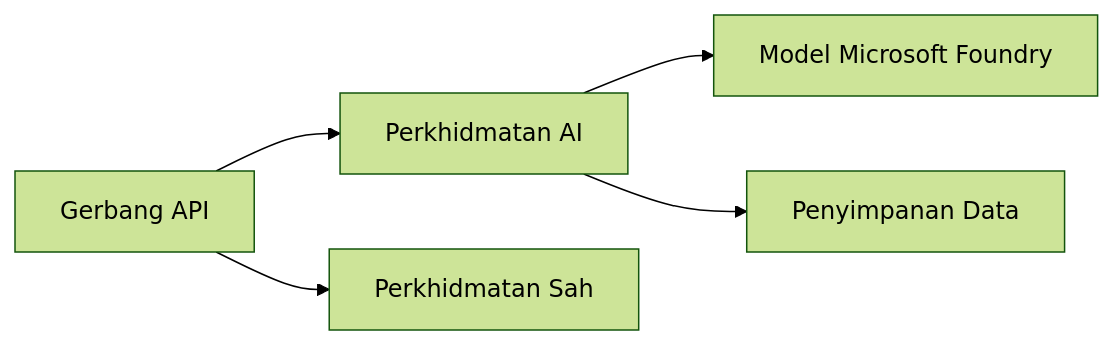
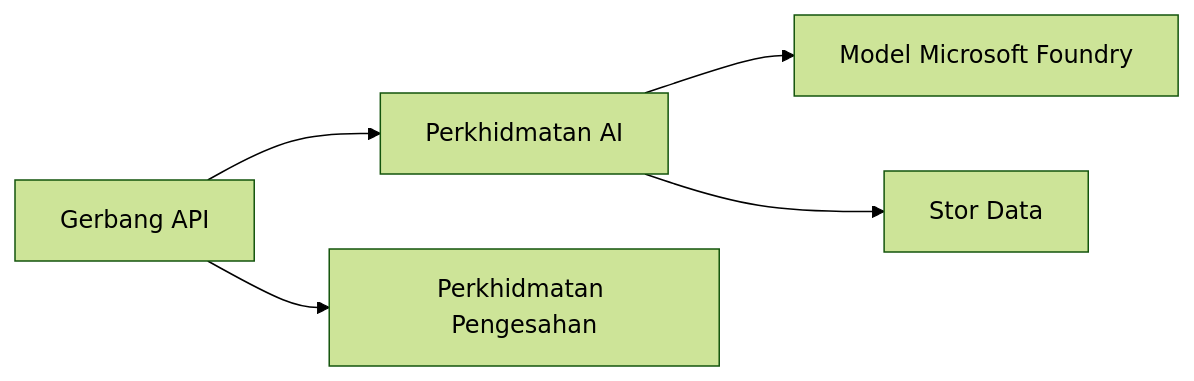
Before and after one commit to microsoft/AZD-for-beginners: the first of 2 diagrams in translations/ms/docs/chapter-08-production/README.md, drawn with Mermaid (forest theme). The commit also changed other lines of this file and 101 other files, not shown here.

````diff
--- a/translations/ms/docs/chapter-08-production/README.md
+++ b/translations/ms/docs/chapter-08-production/README.md
@@ -46,6 +48,6 @@
 ```mermaid
 graph LR
     Gateway[Gerbang API] --> AI[Perkhidmatan AI] --> Models[Model Microsoft Foundry]
-    Gateway --> Auth[Perkhidmatan Sah]
-    AI --> Data[Penyimpanan Data]
+    Gateway --> Auth[Perkhidmatan Pengesahan]
+    AI --> Data[Stor Data]
 ```
````
